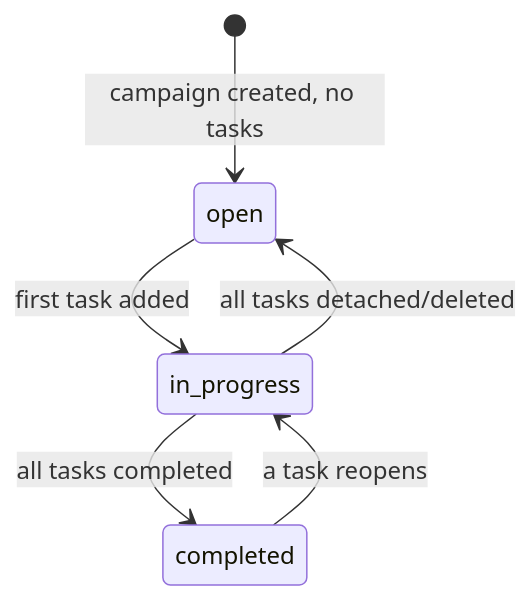
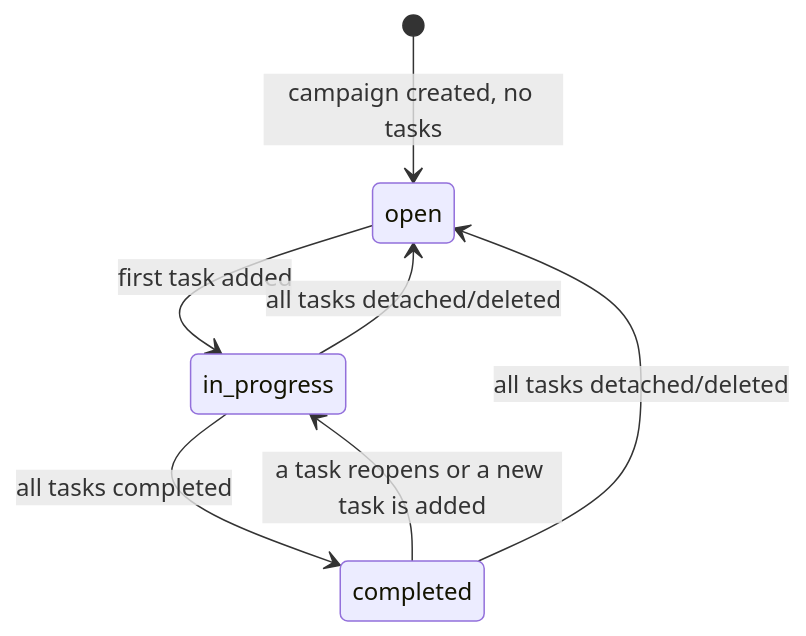
One commit to khanhhln202/FA26SE303_CodeSwitchLabel changed the diagram in docs/diagrams/03d-state-campaign.mmd. Above: the diagram before and after it, drawn with Mermaid. The commit also changed 10 other files, not shown here.

```diff
--- a/docs/diagrams/03d-state-campaign.mmd
+++ b/docs/diagrams/03d-state-campaign.mmd
@@ -1,6 +1,10 @@
 stateDiagram-v2
+  %% Source: CampaignStateMachine.Evaluate(taskCount, completedTaskCount), recomputed by
+  %% CampaignRepository.RefreshStatusAsync. The state is a pure function of the campaign's tasks.
+  %% A cancelled task does not count as completed, so a campaign that holds one stays in_progress.
   [*] --> open: campaign created, no tasks
   open --> in_progress: first task added
   in_progress --> completed: all tasks completed
-  completed --> in_progress: a task reopens
+  completed --> in_progress: a task reopens or a new task is added
   in_progress --> open: all tasks detached/deleted
+  completed --> open: all tasks detached/deleted
```
